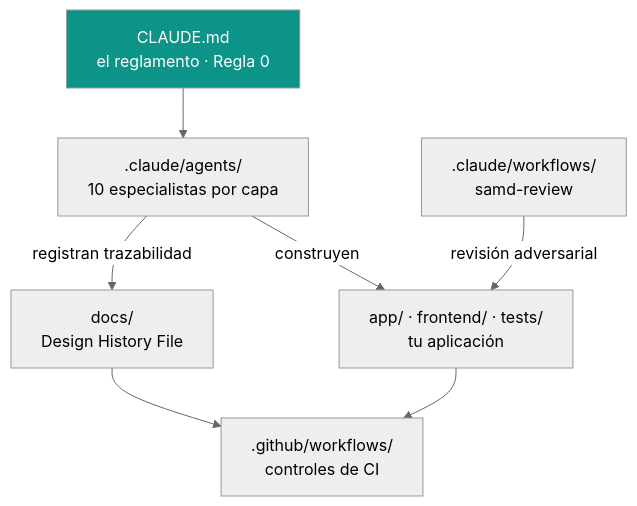
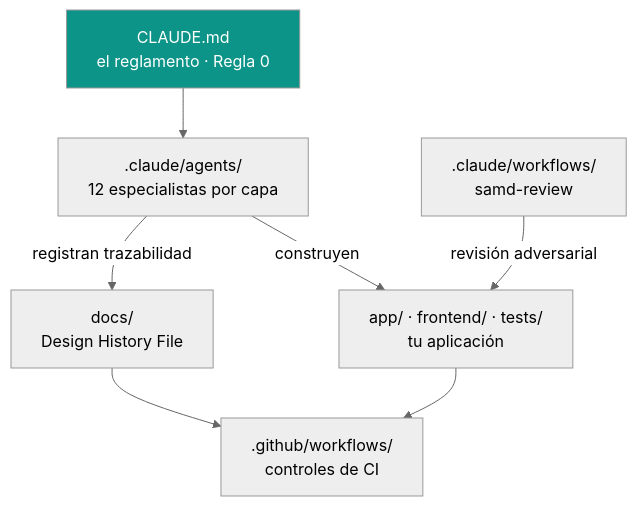
The diagram in README.es.md (bryan-basg/samd-starter-kit), drawn with Mermaid (neutral theme) before and after one commit. The commit also changed other lines of this file and 9 other files, not shown here.

````diff
--- a/README.es.md
+++ b/README.es.md
@@ -67,16 +68,16 @@
 ```mermaid
 flowchart TB
     RULES["CLAUDE.md<br/>el reglamento · Regla 0"]
-    AGENTS[".claude/agents/<br/>10 especialistas por capa"]
+    AGENTS[".claude/agents/<br/>12 especialistas por capa"]
     WF[".claude/workflows/<br/>samd-review"]
     CODE["app/ · frontend/ · tests/<br/>tu aplicación"]
     DHF["docs/<br/>Design History File"]
     CI[".github/workflows/<br/>controles de CI"]
     RULES --> AGENTS
     AGENTS -->|construyen| CODE
     AGENTS -->|registran trazabilidad| DHF
     WF -->|revisión adversarial| CODE
     CODE --> CI
     DHF --> CI
     style RULES fill:#0d9488,color:#fff
 ```
````
